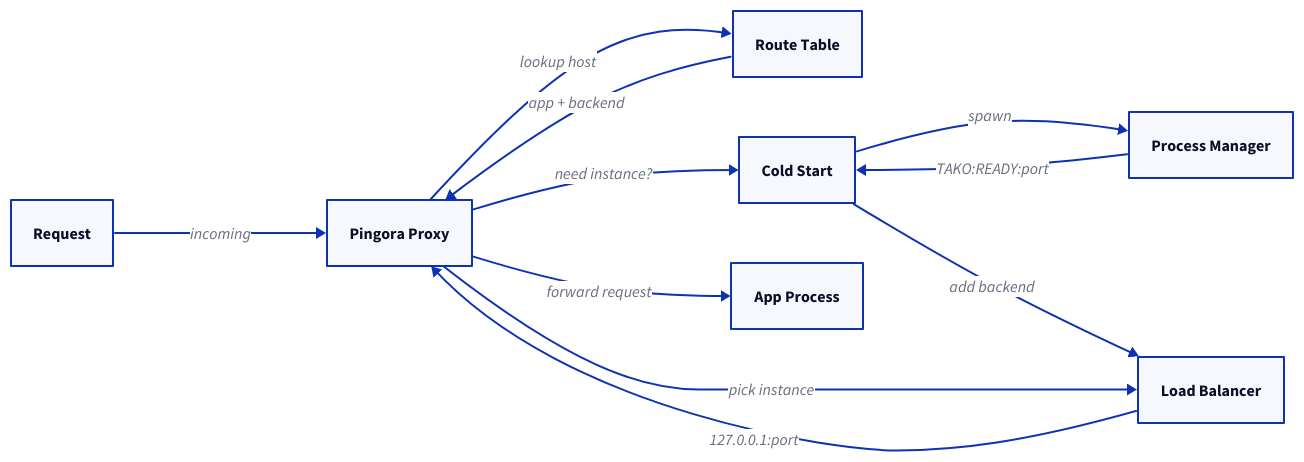
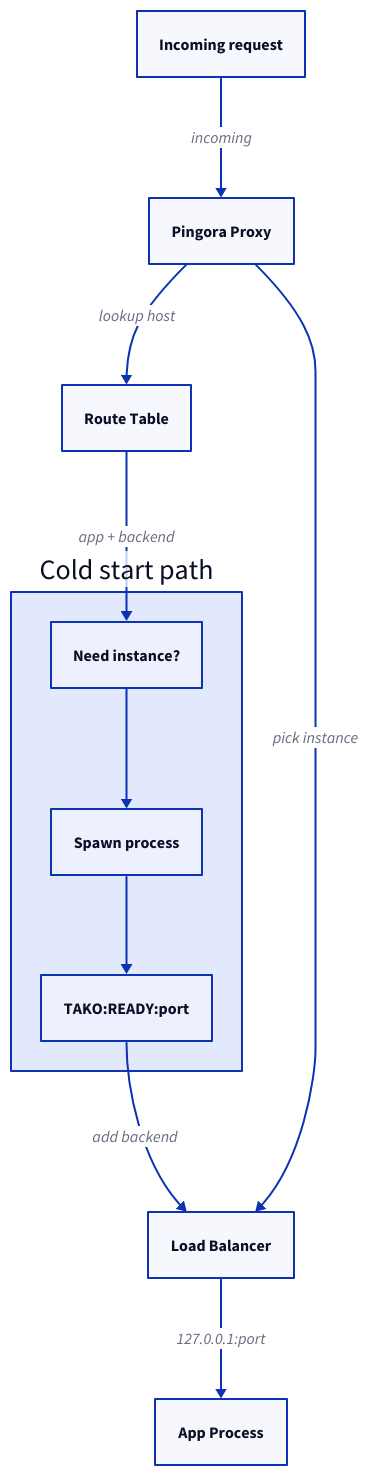
The diagram in website/src/pages/blog/pingora-vs-caddy-vs-traefik.md (lilienblum/tako), drawn with D2 before and after one commit. The commit also changed 20 other files, not shown here.

First line of the commit message:
feat(website): add PostHog analytics, light-only D2 pipeline, and diagram lightbox

````diff
--- a/website/src/pages/blog/pingora-vs-caddy-vs-traefik.md
+++ b/website/src/pages/blog/pingora-vs-caddy-vs-traefik.md
@@ -55,17 +55,24 @@
 ```d2
-direction: right
+direction: down
 
-Request -> Pingora Proxy: incoming
+request: Incoming request
+proxy: Pingora Proxy
+route: Route Table
+lb: Load Balancer
+app: App Process
 
-Pingora Proxy -> Route Table: lookup host
-Route Table -> Pingora Proxy: app + backend
+cold: Cold start path {
+  gate: Need instance?
+  spawn: Spawn process
+  ready: "TAKO:READY:port"
 
-Pingora Proxy -> Cold Start: need instance?
-Cold Start -> Process Manager: spawn
-Process Manager -> Cold Start: "TAKO:READY:port"
-Cold Start -> Load Balancer: add backend
+  gate -> spawn -> ready
+}
 
-Pingora Proxy -> Load Balancer: pick instance
-Load Balancer -> Pingora Proxy: 127.0.0.1:port
-Pingora Proxy -> App Process: forward request
+request -> proxy: incoming
+proxy -> route: lookup host
+route -> cold.gate: app + backend
+cold.ready -> lb: add backend
+proxy -> lb: pick instance
+lb -> app: 127.0.0.1:port
 ```
````
